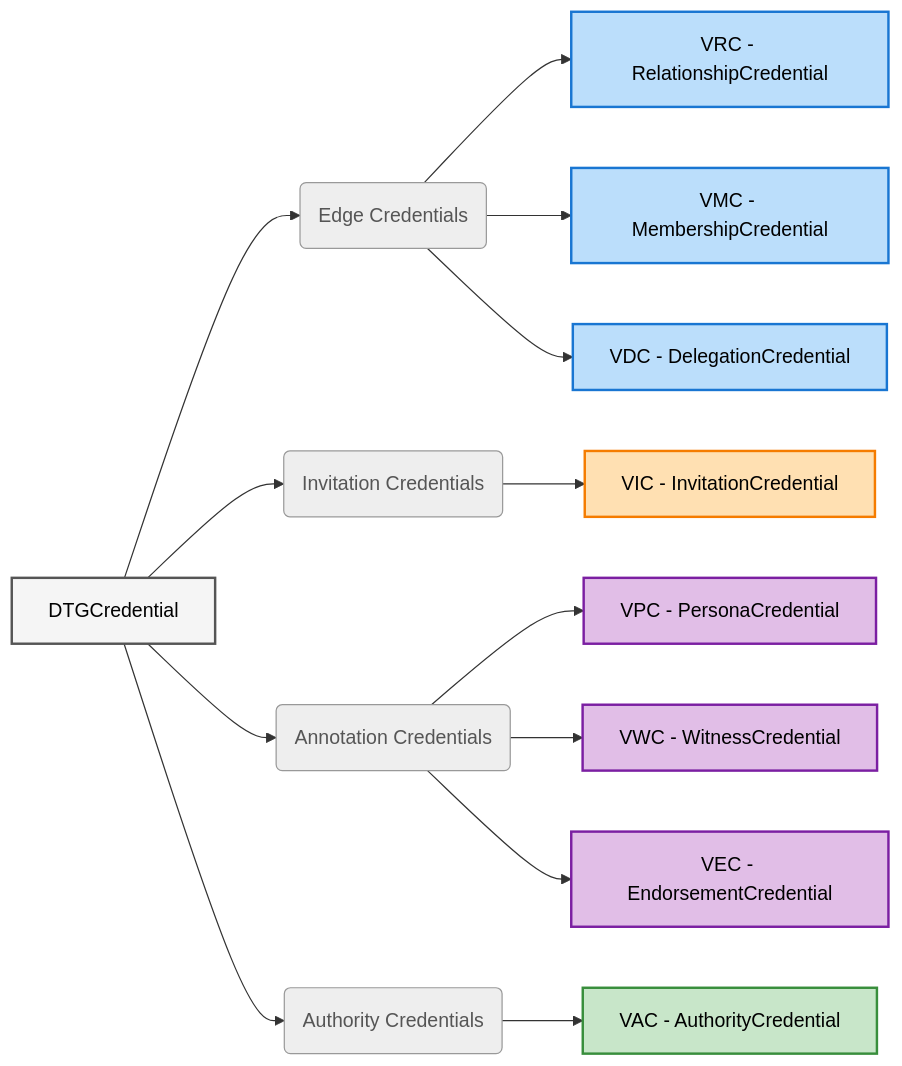
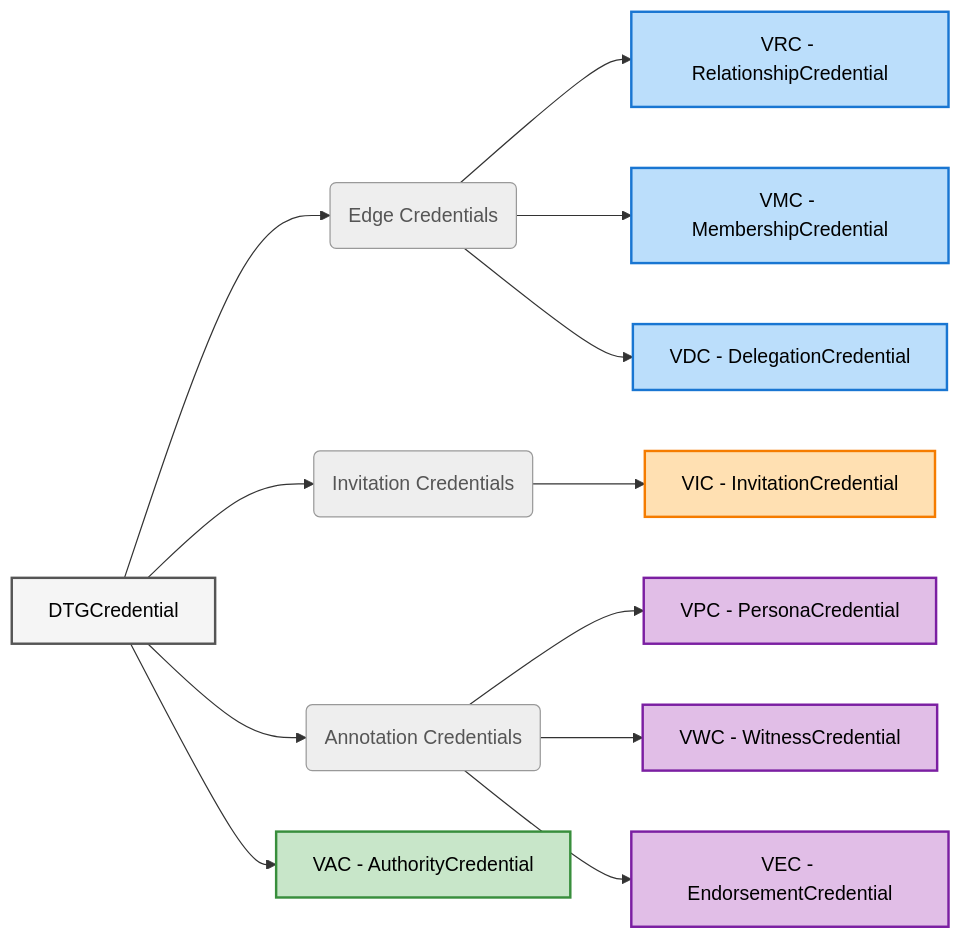
Before and after one commit to stormer78/dtgwg-cred-spec: the diagram in spec/body.md, drawn with Mermaid. The commit also changed other lines of this file and 2 other files, not shown here.

First line of the commit message:
spec: align the VAC with the open structural and identifier work

````diff
--- a/spec/body.md
+++ b/spec/body.md
@@ -7,33 +7,32 @@
 ```mermaid
 graph LR
     DTG[DTGCredential]
 
     DTG --> EC(Edge Credentials)
     DTG --> IC(Invitation Credentials)
     DTG --> AC(Annotation Credentials)
-    DTG --> UC(Authority Credentials)
 
     EC --> VRC["VRC - RelationshipCredential"]
     EC --> VMC["VMC - MembershipCredential"]
     EC --> VDC["VDC - DelegationCredential"]
     IC --> VIC["VIC - InvitationCredential"]
     AC --> VPC["VPC - PersonaCredential"]
     AC --> VWC["VWC - WitnessCredential"]
     AC --> VEC["VEC - EndorsementCredential"]
-    UC --> VAC["VAC - AuthorityCredential"]
+    DTG --> VAC["VAC - AuthorityCredential"]
 
     classDef parent fill:#f5f5f5,stroke:#555,stroke-width:2px,color:#000
     classDef cat fill:#eeeeee,stroke:#999,stroke-width:1px,color:#555
     classDef edge fill:#bbdefb,stroke:#1976d2,stroke-width:2px,color:#000
     classDef inv fill:#ffe0b2,stroke:#f57c00,stroke-width:2px,color:#000
     classDef ann fill:#e1bee7,stroke:#7b1fa2,stroke-width:2px,color:#000
 
     classDef auth fill:#c8e6c9,stroke:#388e3c,stroke-width:2px,color:#000
 
     class DTG parent
-    class EC,IC,AC,UC cat
+    class EC,IC,AC cat
     class VMC,VRC,VDC edge
     class VIC inv
     class VPC,VEC,VWC ann
     class VAC auth
 ```
````
